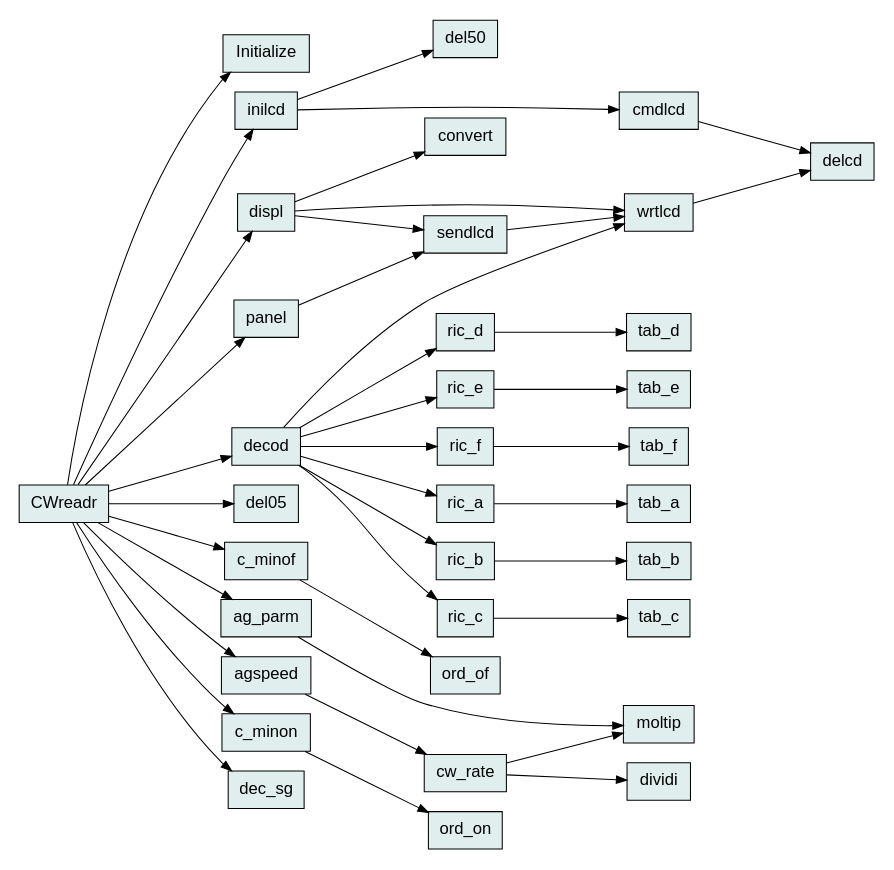
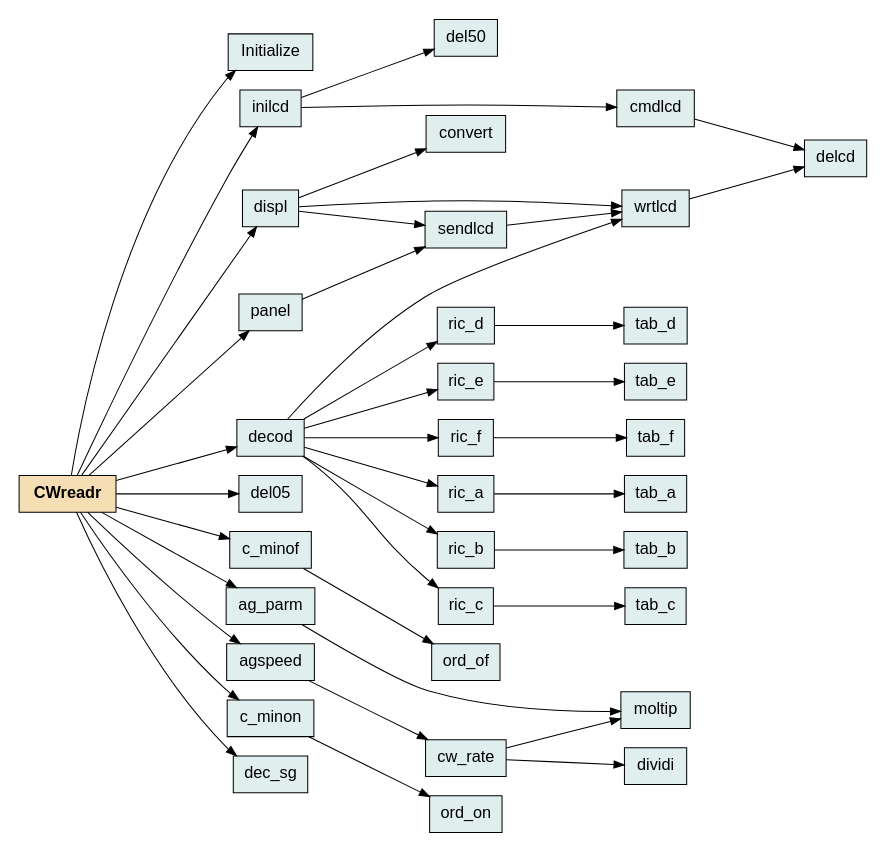
The diagram in CWreadr/CWreadr.dot (jjmcd/Elmer160), drawn with Graphviz before and after one commit.

Commit message:
More embellishment

```diff
--- a/CWreadr/CWreadr.dot
+++ b/CWreadr/CWreadr.dot
@@ -1,47 +1,50 @@
 digraph CW_reader
 {
      size="6,7";
     rankdir="LR"; ranksep=1.5;
     node [shape=record, fontname="Helvetica",fontsize=16,
 	style=filled, fillcolor=azure2];
+    CWreadr [shape=record, fontname="Helvetica-bold",fontsize=16,
+	style=filled, fillcolor=wheat];
+    edge [ weight=10 ];
 
     CWreadr -> Initialize;
     CWreadr -> inilcd;
     CWreadr -> panel;
     CWreadr -> del05;
     CWreadr -> displ;
     CWreadr -> c_minof;
     CWreadr -> agspeed;
     CWreadr -> decod;
     CWreadr -> c_minon;
     CWreadr -> ag_parm;
     CWreadr -> dec_sg;
     decod -> ric_a;
     decod -> ric_b;
     decod -> ric_c;
     decod -> ric_d;
     decod -> ric_e;
     decod -> ric_f;
     decod -> wrtlcd;
     ag_parm -> moltip;
     c_minon -> ord_on;
     c_minof -> ord_of;
     inilcd -> del50;
     inilcd -> cmdlcd;
     sendlcd -> wrtlcd;
     cmdlcd -> delcd;
     wrtlcd -> delcd;
     cw_rate -> moltip;
     cw_rate -> dividi;
     agspeed -> cw_rate;
     displ -> wrtlcd;
     displ -> convert;
     displ -> sendlcd;
     ric_a -> tab_a;
     ric_b -> tab_b;
     ric_c -> tab_c;
     ric_d -> tab_d;
     ric_e -> tab_e;
     ric_f -> tab_f;
     panel -> sendlcd;
 }
```
